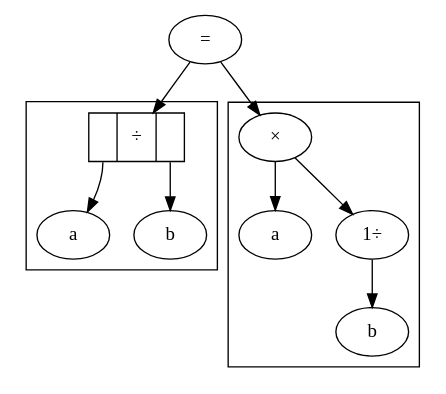
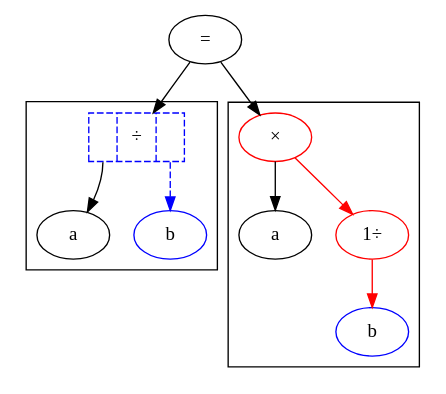
One commit to CousinoMath/blog changed the diagram in Arith_on_Trees/properties/divides.gv. Above: the diagram before and after it, drawn with Graphviz. The commit also changed 42 other files, not shown here.

```diff
--- a/Arith_on_Trees/properties/divides.gv
+++ b/Arith_on_Trees/properties/divides.gv
@@ -1,20 +1,20 @@
 strict digraph divides {
 a1, a2 [label="a"];
-b1, b2 [label="b"];
-recip [label="1&divide;"];
-divide [shape=record,label="<0>|&divide;|<1>"];
-times [label="&times;"];
+b1, b2 [label="b", color=blue];
+recip [label="1&divide;", color=red];
+divide [shape=record,label="<0>|&divide;|<1>", color=blue, style=dashed];
+times [label="&times;", color=red];
 eq [label="="];
 
 eq -> {divide, times};
 
 subgraph cluster0 {
 divide:0 -> a1;
-divide:1 -> b1;
+divide:1 -> b1 [color=blue, style=dashed];
 }
 
 subgraph cluster1 {
-times -> {a2, recip};
-recip -> b2;
+times -> a2;
+times -> recip -> b2 [color=red];
 }
 }
```
